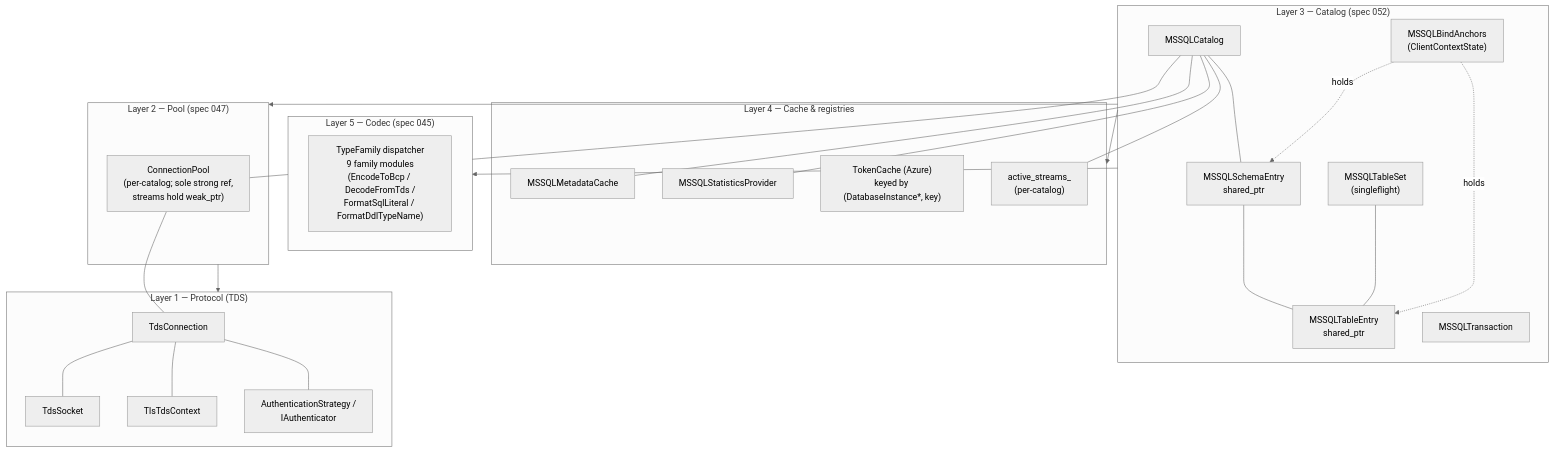
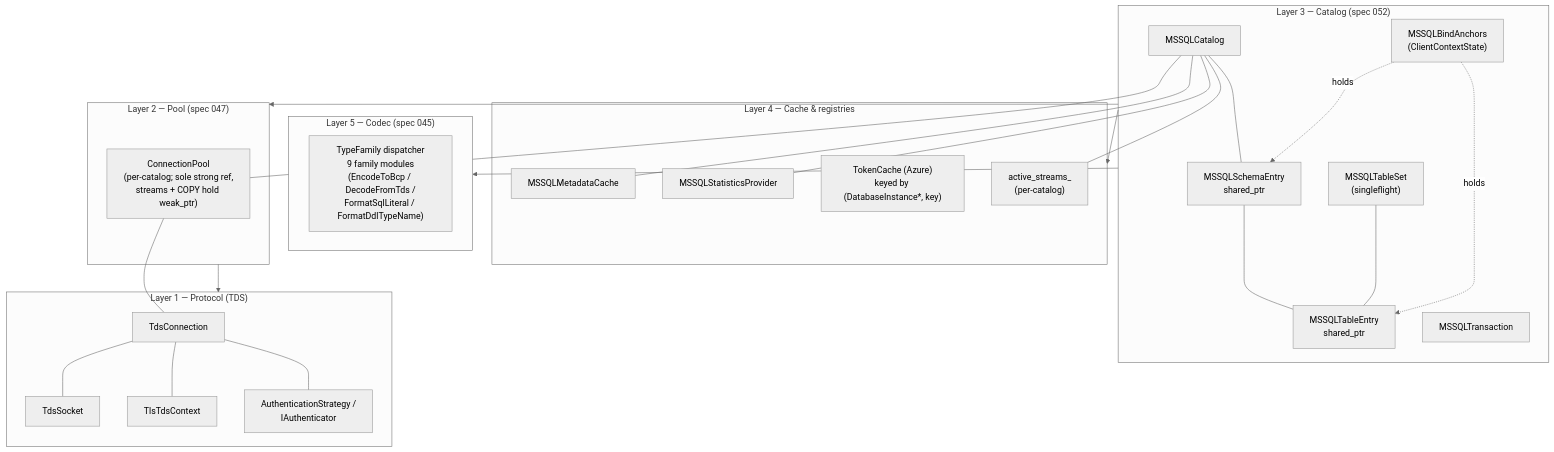
The first of 11 diagrams in DATAMODEL.md (hugr-lab/mssql-extension), drawn with Mermaid (neutral theme) before and after one commit. The commit also changed other lines of this file and 3 other files, not shown here.

````diff
--- a/DATAMODEL.md
+++ b/DATAMODEL.md
@@ -13,46 +13,46 @@
 ```mermaid
 flowchart TD
     subgraph L5["Layer 5 — Codec (spec 045)"]
         codec["TypeFamily dispatcher<br/>9 family modules<br/>(EncodeToBcp / DecodeFromTds /<br/>FormatSqlLiteral / FormatDdlTypeName)"]
     end
     subgraph L4["Layer 4 — Cache & registries"]
         meta[MSSQLMetadataCache]
         stats[MSSQLStatisticsProvider]
         token["TokenCache (Azure)<br/>keyed by (DatabaseInstance*, key)"]
         streams["active_streams_<br/>(per-catalog)"]
     end
     subgraph L3["Layer 3 — Catalog (spec 052)"]
         cat[MSSQLCatalog]
         sch["MSSQLSchemaEntry<br/>shared_ptr"]
         tbl["MSSQLTableEntry<br/>shared_ptr"]
         tset["MSSQLTableSet<br/>(singleflight)"]
         anchors["MSSQLBindAnchors<br/>(ClientContextState)"]
         tx[MSSQLTransaction]
     end
     subgraph L2["Layer 2 — Pool (spec 047)"]
-        pool["ConnectionPool<br/>(per-catalog; sole strong ref,<br/>streams hold weak_ptr)"]
+        pool["ConnectionPool<br/>(per-catalog; sole strong ref,<br/>streams + COPY hold weak_ptr)"]
     end
     subgraph L1["Layer 1 — Protocol (TDS)"]
         conn[TdsConnection]
         sock[TdsSocket]
         tls[TlsTdsContext]
         auth["AuthenticationStrategy /<br/>IAuthenticator"]
     end
     L3 --> L4
     L3 --> L2
     L3 --> L5
     L2 --> L1
     cat --- pool
     cat --- meta
     cat --- stats
     cat --- streams
     cat --- sch
     sch --- tbl
     tset --- tbl
     anchors -.holds.-> tbl
     anchors -.holds.-> sch
     pool --- conn
     conn --- sock
     conn --- tls
     conn --- auth
 ```
````
